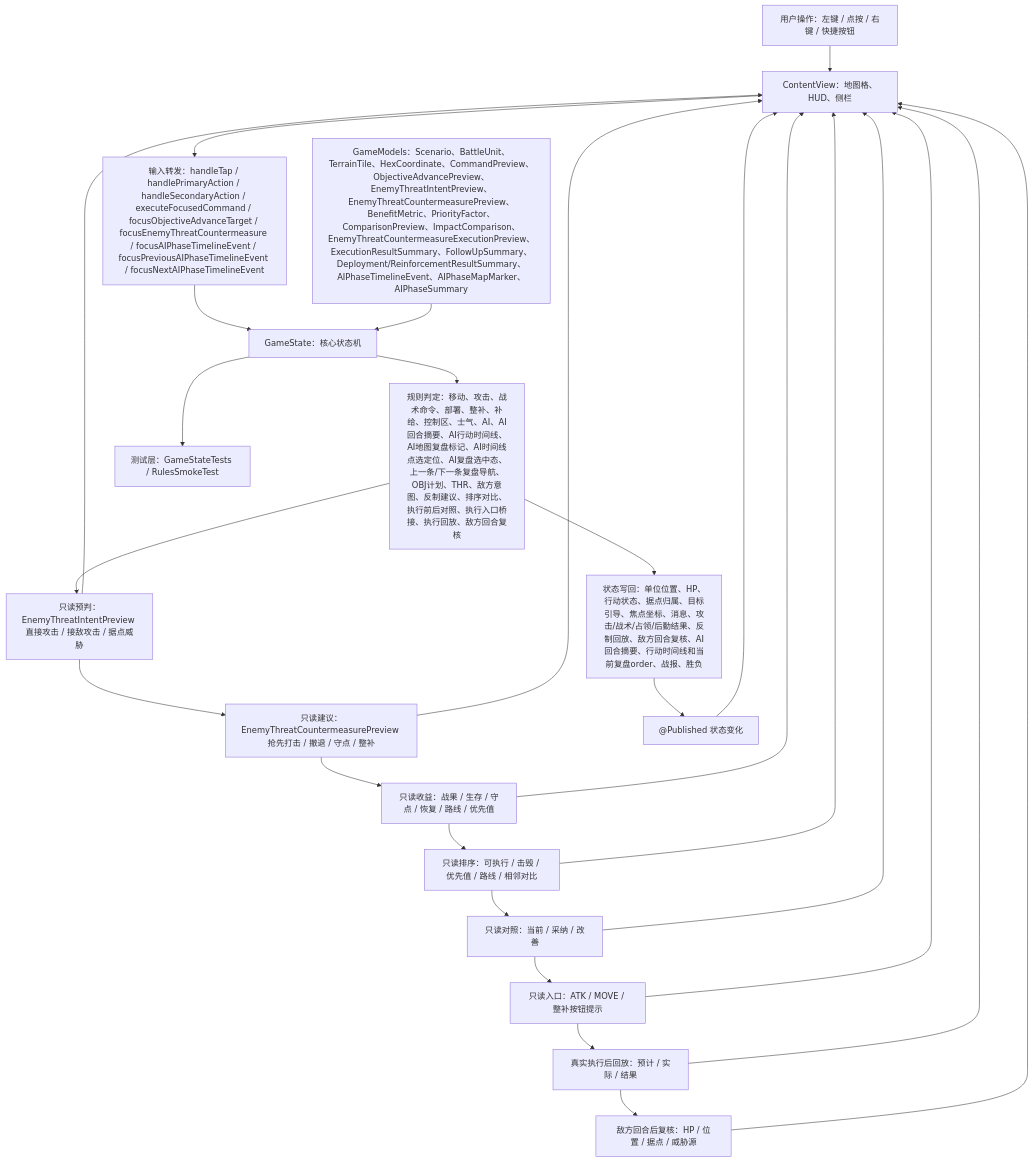
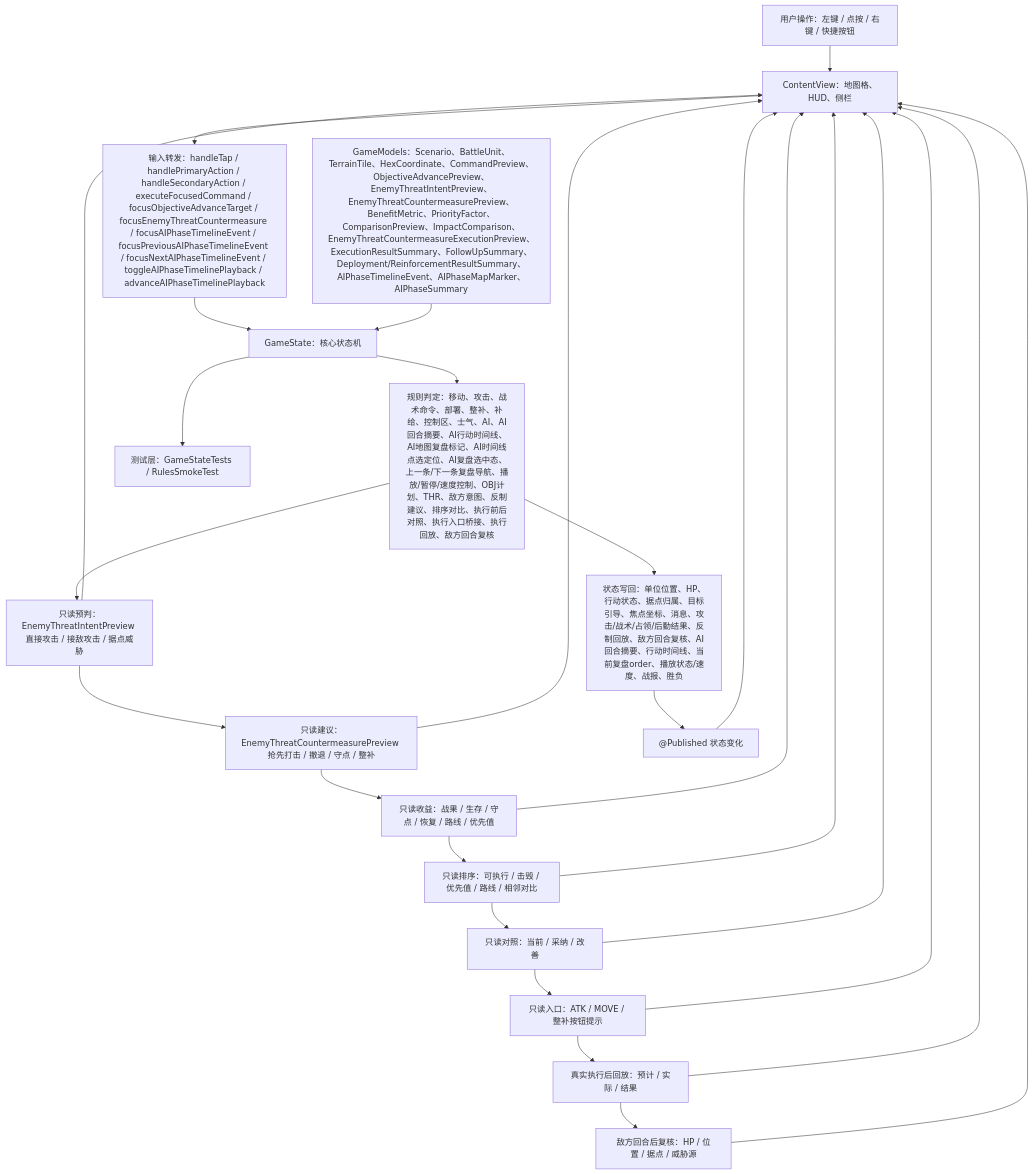
One commit to Altman-sam114/116 changed the first of 5 diagrams in md/flow/flowchart.md. Above: the diagram before and after it, drawn with Mermaid. The commit also changed other lines of this file and 11 other files, not shown here.

````diff
--- a/md/flow/flowchart.md
+++ b/md/flow/flowchart.md
@@ -9,28 +9,28 @@
 ```mermaid
 flowchart TD
   U["用户操作：左键 / 点按 / 右键 / 快捷按钮"] --> V["ContentView：地图格、HUD、侧栏"]
-  V --> I["输入转发：handleTap / handlePrimaryAction / handleSecondaryAction / executeFocusedCommand / focusObjectiveAdvanceTarget / focusEnemyThreatCountermeasure / focusAIPhaseTimelineEvent / focusPreviousAIPhaseTimelineEvent / focusNextAIPhaseTimelineEvent"]
+  V --> I["输入转发：handleTap / handlePrimaryAction / handleSecondaryAction / executeFocusedCommand / focusObjectiveAdvanceTarget / focusEnemyThreatCountermeasure / focusAIPhaseTimelineEvent / focusPreviousAIPhaseTimelineEvent / focusNextAIPhaseTimelineEvent / toggleAIPhaseTimelinePlayback / advanceAIPhaseTimelinePlayback"]
   I --> S["GameState：核心状态机"]
   M["GameModels：Scenario、BattleUnit、TerrainTile、HexCoordinate、CommandPreview、ObjectiveAdvancePreview、EnemyThreatIntentPreview、EnemyThreatCountermeasurePreview、BenefitMetric、PriorityFactor、ComparisonPreview、ImpactComparison、EnemyThreatCountermeasureExecutionPreview、ExecutionResultSummary、FollowUpSummary、Deployment/ReinforcementResultSummary、AIPhaseTimelineEvent、AIPhaseMapMarker、AIPhaseSummary"] --> S
-  S --> R["规则判定：移动、攻击、战术命令、部署、整补、补给、控制区、士气、AI、AI回合摘要、AI行动时间线、AI地图复盘标记、AI时间线点选定位、AI复盘选中态、上一条/下一条复盘导航、OBJ计划、THR、敌方意图、反制建议、排序对比、执行前后对照、执行入口桥接、执行回放、敌方回合复核"]
-  R --> W["状态写回：单位位置、HP、行动状态、据点归属、目标引导、焦点坐标、消息、攻击/战术/占领/后勤结果、反制回放、敌方回合复核、AI回合摘要、行动时间线和当前复盘order、战报、胜负"]
+  S --> R["规则判定：移动、攻击、战术命令、部署、整补、补给、控制区、士气、AI、AI回合摘要、AI行动时间线、AI地图复盘标记、AI时间线点选定位、AI复盘选中态、上一条/下一条复盘导航、播放/暂停/速度控制、OBJ计划、THR、敌方意图、反制建议、排序对比、执行前后对照、执行入口桥接、执行回放、敌方回合复核"]
+  R --> W["状态写回：单位位置、HP、行动状态、据点归属、目标引导、焦点坐标、消息、攻击/战术/占领/后勤结果、反制回放、敌方回合复核、AI回合摘要、行动时间线、当前复盘order、播放状态/速度、战报、胜负"]
   R --> EI["只读预判：EnemyThreatIntentPreview 直接攻击 / 接敌攻击 / 据点威胁"]
   EI --> EC["只读建议：EnemyThreatCountermeasurePreview 抢先打击 / 撤退 / 守点 / 整补"]
   EC --> BM["只读收益：战果 / 生存 / 守点 / 恢复 / 路线 / 优先值"]
   BM --> PC["只读排序：可执行 / 击毁 / 优先值 / 路线 / 相邻对比"]
   PC --> IP["只读对照：当前 / 采纳 / 改善"]
   IP --> EB["只读入口：ATK / MOVE / 整补按钮提示"]
   EB --> XR["真实执行后回放：预计 / 实际 / 结果"]
   XR --> FV["敌方回合后复核：HP / 位置 / 据点 / 威胁源"]
   W --> P["@Published 状态变化"]
   P --> V
   EI --> V
   EC --> V
   BM --> V
   PC --> V
   IP --> V
   EB --> V
   XR --> V
   FV --> V
   S --> T["测试层：GameStateTests / RulesSmokeTest"]
 ```
````
